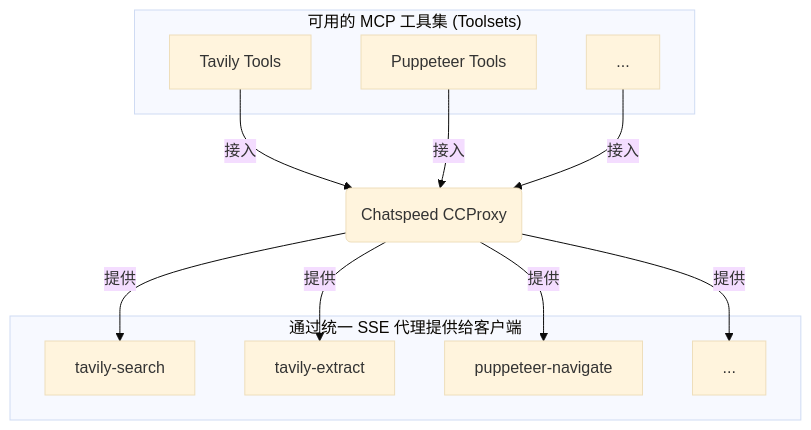
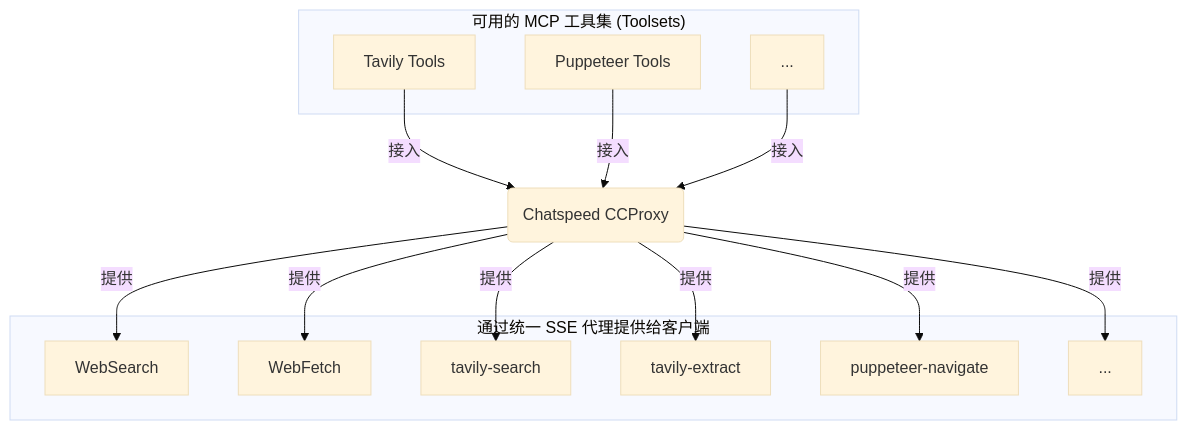
Before and after one commit to aidyou/chatspeed-docs: the diagram in docs/zh/mcp/README.md, drawn with Mermaid (base theme). The commit also changed other lines of this file and 9 other files, not shown here.

````diff
--- a/docs/zh/mcp/README.md
+++ b/docs/zh/mcp/README.md
@@ -33,26 +39,30 @@
 ```mermaid
 graph TD
     subgraph "可用的 MCP 工具集 (Toolsets)"
         A[Tavily Tools]
         B[Puppeteer Tools]
         C[...]
     end
 
     P(Chatspeed CCProxy)
 
     subgraph "通过统一 SSE 代理提供给客户端"
-        D[tavily-search]
-        E[tavily-extract]
-        F[puppeteer-navigate]
-        G[...]
+        D[WebSearch]
+        E[WebFetch]
+        F[tavily-search]
+        G[tavily-extract]
+        H[puppeteer-navigate]
+        I[...]
     end
 
     A -- "接入" --> P
     B -- "接入" --> P
     C -- "接入" --> P
 
     P -- "提供" --> D
     P -- "提供" --> E
     P -- "提供" --> F
     P -- "提供" --> G
+    P -- "提供" --> H
+    P -- "提供" --> I
 ```
````
